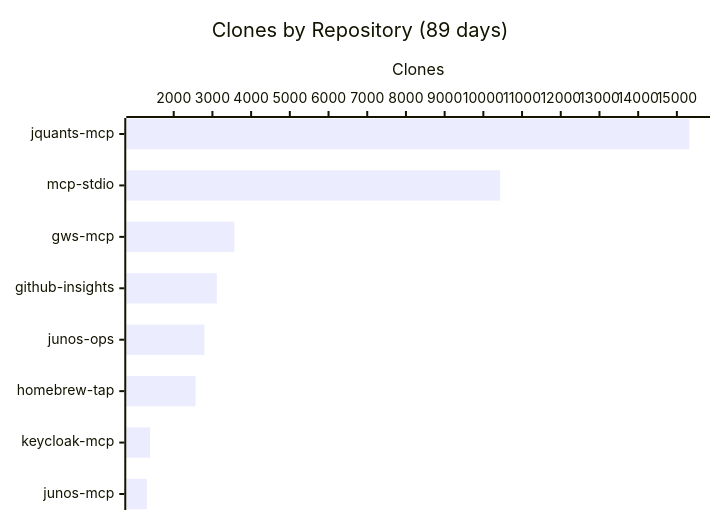
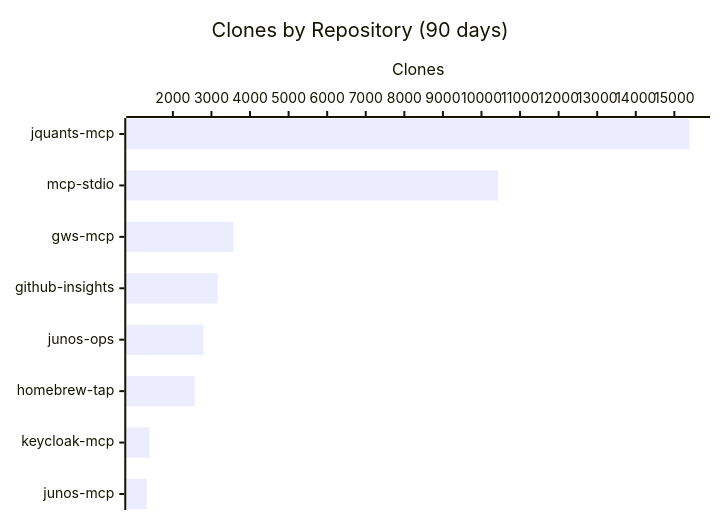
One commit to shigechika/github-insights changed the third of 3 diagrams in README.md. Above: the diagram before and after it, drawn with Mermaid. The commit also changed other lines of this file and 2 other files, not shown here.

````diff
--- a/README.md
+++ b/README.md
@@ -43,7 +43,7 @@
 ```mermaid
 xychart-beta horizontal
-    title "Clones by Repository (89 days)"
+    title "Clones by Repository (90 days)"
     x-axis ["jquants-mcp", "mcp-stdio", "gws-mcp", "github-insights", "junos-ops", "homebrew-tap", "keycloak-mcp", "junos-mcp"]
     y-axis "Clones"
-    bar [15323, 10435, 3566, 3114, 2792, 2565, 1390, 1307]
+    bar [15390, 10436, 3569, 3160, 2792, 2566, 1393, 1326]
 ```
````
